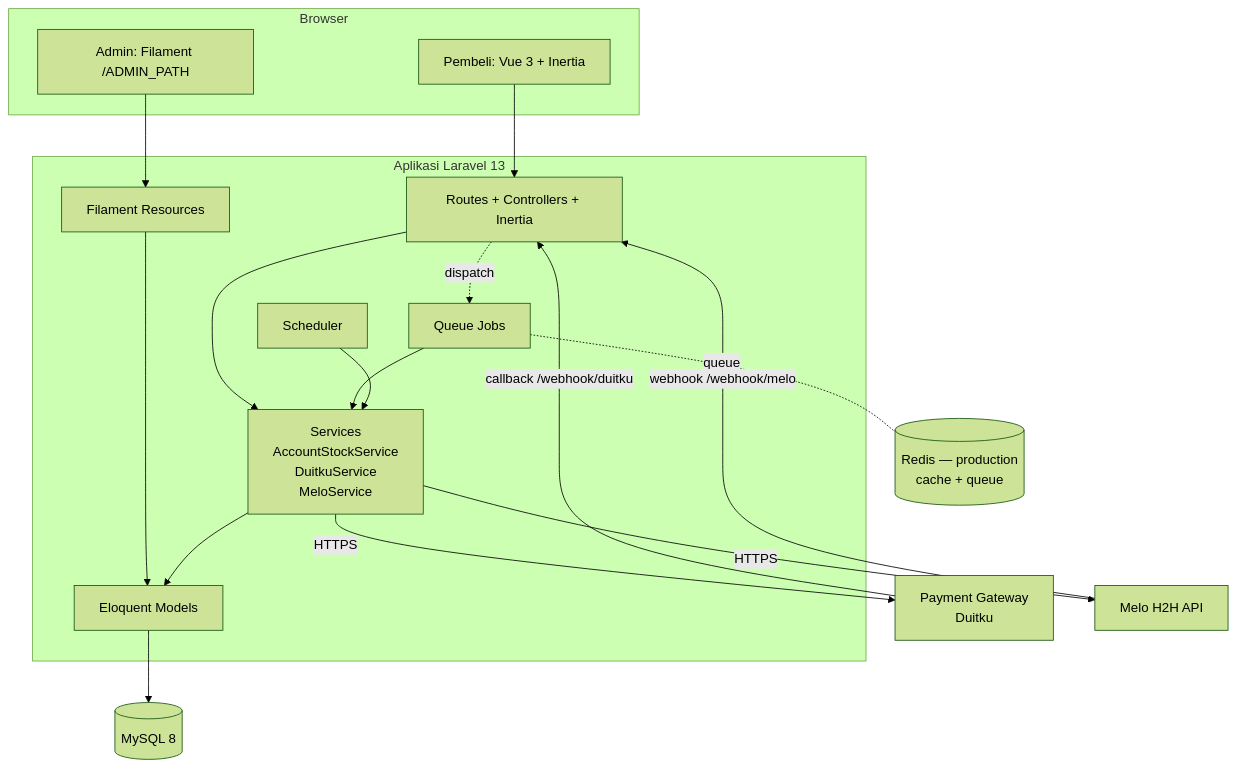
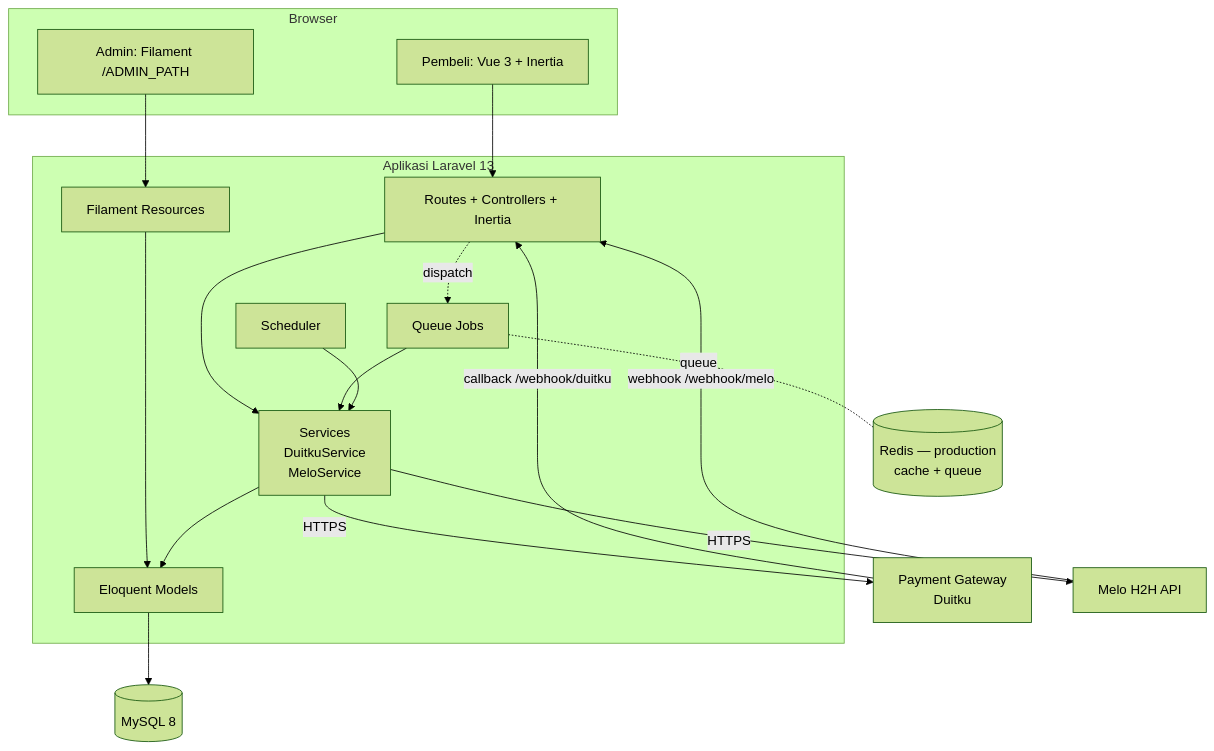
The diagram in docs/SYSTEM_ARCHITECTURE.md (ilhamfajarandika/zeth-market), drawn with Mermaid (forest theme) before and after one commit. The commit also changed other lines of this file and 49 other files, not shown here.

````diff
--- a/docs/SYSTEM_ARCHITECTURE.md
+++ b/docs/SYSTEM_ARCHITECTURE.md
@@ -7,34 +7,34 @@
 ```mermaid
 flowchart TB
     subgraph Browser
         U[Pembeli: Vue 3 + Inertia]
         A[Admin: Filament /ADMIN_PATH]
     end
     subgraph Laravel["Aplikasi Laravel 13"]
         R[Routes + Controllers + Inertia]
         F[Filament Resources]
-        SV[Services<br/>AccountStockService<br/>DuitkuService<br/>MeloService]
+        SV[Services<br/>DuitkuService<br/>MeloService]
         J[Queue Jobs]
         SC[Scheduler]
         M[Eloquent Models]
     end
     DB[(MySQL 8)]
     RD[(Redis — production<br/>cache + queue)]
     PG[Payment Gateway<br/>Duitku]
     DF[Melo H2H API]
 
     U --> R
     A --> F
     R --> SV
     F --> M
     SV --> M
     M --> DB
     J --> SV
     SC --> SV
     R -. dispatch .-> J
     J -. queue .- RD
     SV -->|HTTPS| PG
     SV -->|HTTPS| DF
     PG -->|callback /webhook/duitku| R
     DF -->|webhook /webhook/melo| R
 ```
````
